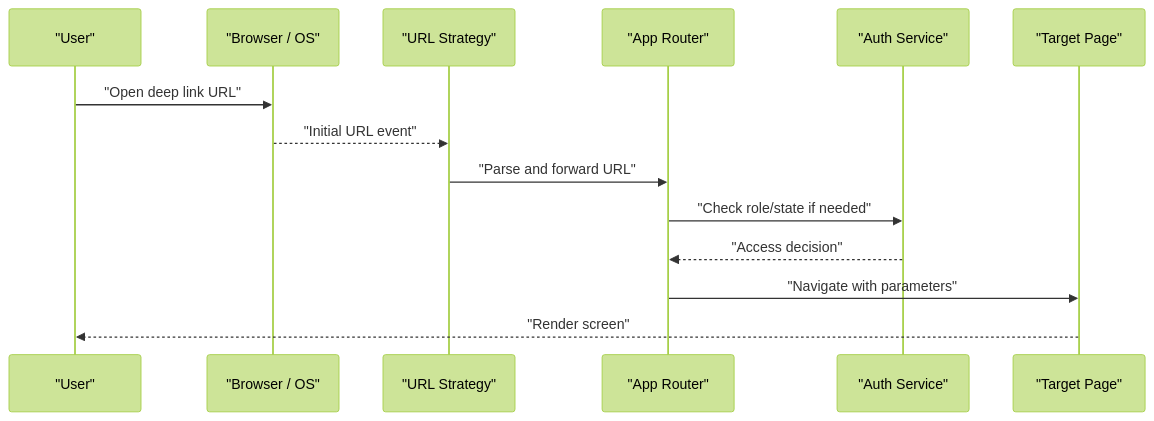
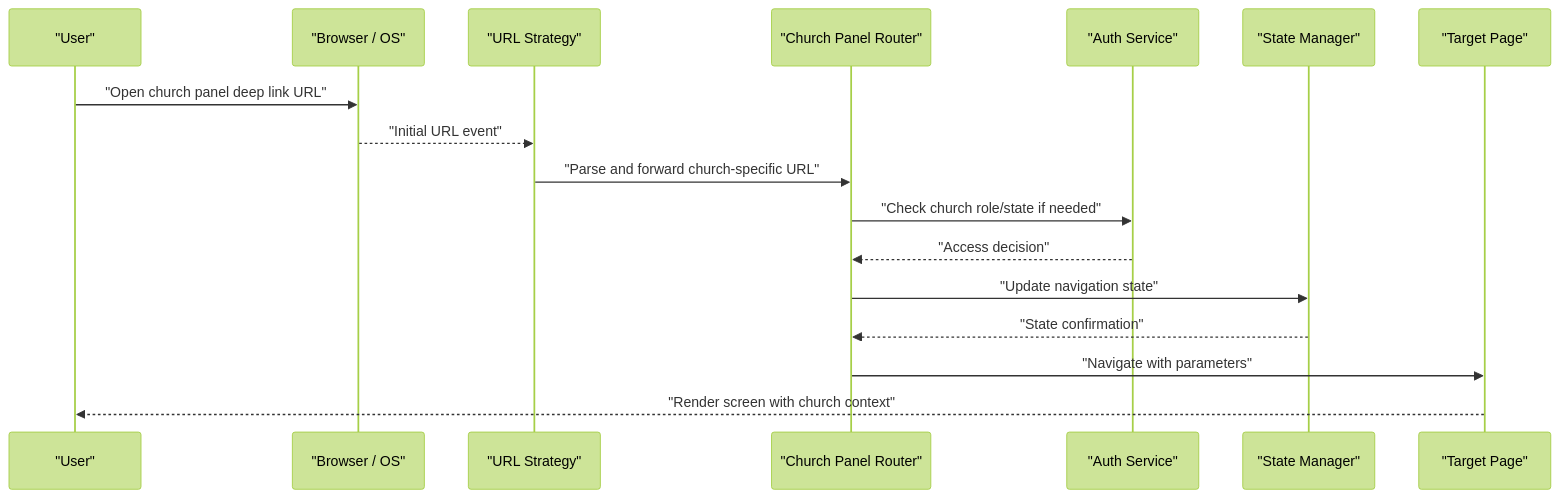
One commit to raihom-netizen/com.gestaoyahwehios.app changed the second of 3 diagrams in .qoder/repowiki/en/content/Core Modules/Navigation Framework.md. Above: the diagram before and after it, drawn with Mermaid (forest theme). The commit also changed other lines of this file and 161 other files, not shown here.

````diff
--- a/.qoder/repowiki/en/content/Core Modules/Navigation Framework.md
+++ b/.qoder/repowiki/en/content/Core Modules/Navigation Framework.md
@@ -75,16 +94,19 @@
 ```mermaid
 sequenceDiagram
 participant User as "User"
 participant Browser as "Browser / OS"
 participant URLStrategy as "URL Strategy"
-participant Router as "App Router"
+participant ChurchRouter as "Church Panel Router"
 participant Auth as "Auth Service"
+participant StateMgr as "State Manager"
 participant Page as "Target Page"
-User->>Browser : "Open deep link URL"
+User->>Browser : "Open church panel deep link URL"
 Browser-->>URLStrategy : "Initial URL event"
-URLStrategy->>Router : "Parse and forward URL"
-Router->>Auth : "Check role/state if needed"
-Auth-->>Router : "Access decision"
-Router->>Page : "Navigate with parameters"
-Page-->>User : "Render screen"
+URLStrategy->>ChurchRouter : "Parse and forward church-specific URL"
+ChurchRouter->>Auth : "Check church role/state if needed"
+Auth-->>ChurchRouter : "Access decision"
+ChurchRouter->>StateMgr : "Update navigation state"
+StateMgr-->>ChurchRouter : "State confirmation"
+ChurchRouter->>Page : "Navigate with parameters"
+Page-->>User : "Render screen with church context"
 ```
````
